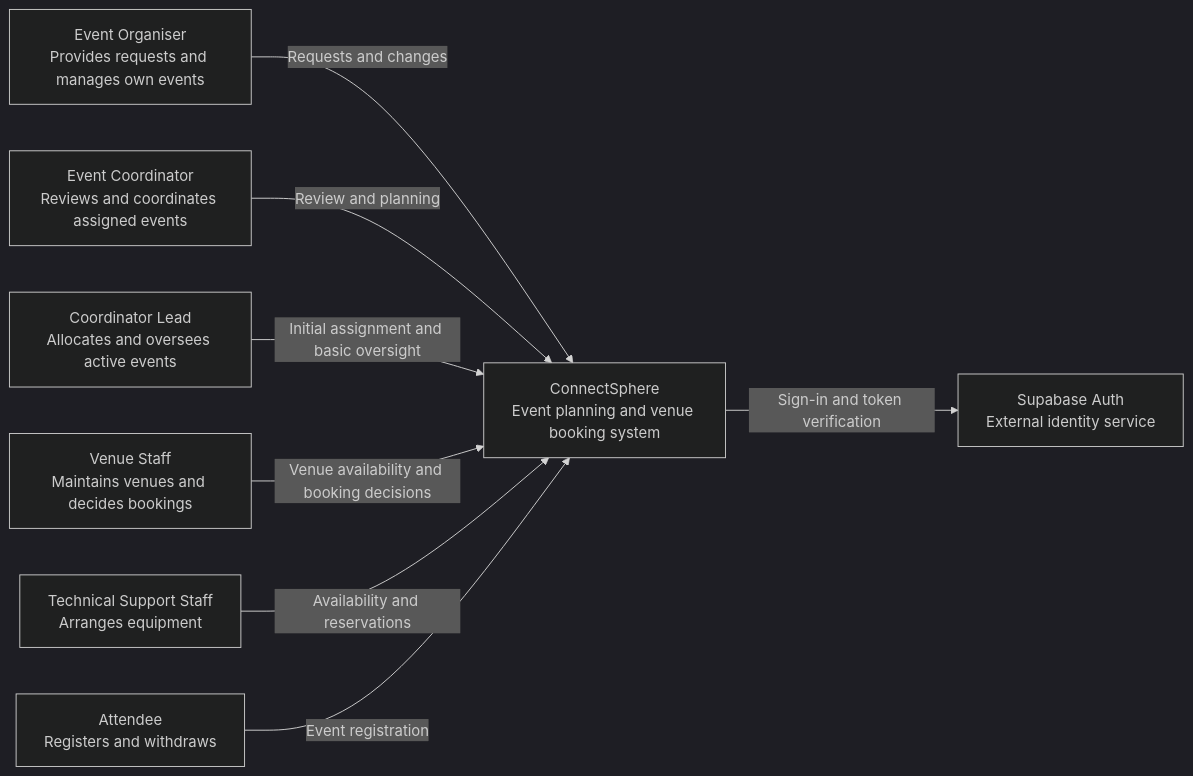
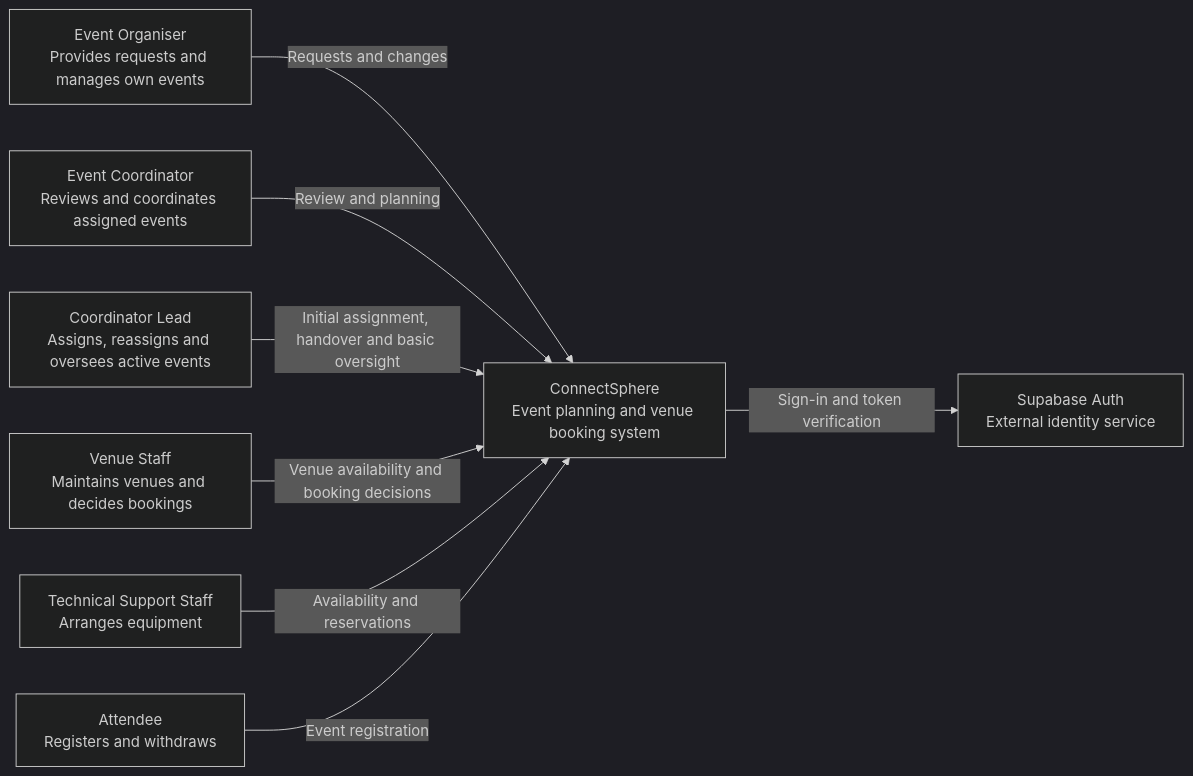
One commit to MochaLxtte/ConnectSphere changed the first of 7 diagrams in docs/architecture/README.md. Above: the diagram before and after it, drawn with Mermaid (dark theme). The commit also changed other lines of this file and 29 other files, not shown here.

````diff
--- a/docs/architecture/README.md
+++ b/docs/architecture/README.md
@@ -11,18 +13,18 @@
 ```mermaid
 flowchart LR
   organiser["Event Organiser<br/>Provides requests and manages own events"]
   coordinator["Event Coordinator<br/>Reviews and coordinates assigned events"]
-  lead["Coordinator Lead<br/>Allocates and oversees active events"]
+  lead["Coordinator Lead<br/>Assigns, reassigns and oversees active events"]
   venue["Venue Staff<br/>Maintains venues and decides bookings"]
   technical["Technical Support Staff<br/>Arranges equipment"]
   attendee["Attendee<br/>Registers and withdraws"]
   system["ConnectSphere<br/>Event planning and venue booking system"]
   identity["Supabase Auth<br/>External identity service"]
   organiser -->|Requests and changes| system
   coordinator -->|Review and planning| system
-  lead -->|Initial assignment and basic oversight| system
+  lead -->|Initial assignment, handover and basic oversight| system
   venue -->|Venue availability and booking decisions| system
   technical -->|Availability and reservations| system
   attendee -->|Event registration| system
   system -->|Sign-in and token verification| identity
 ```
````
